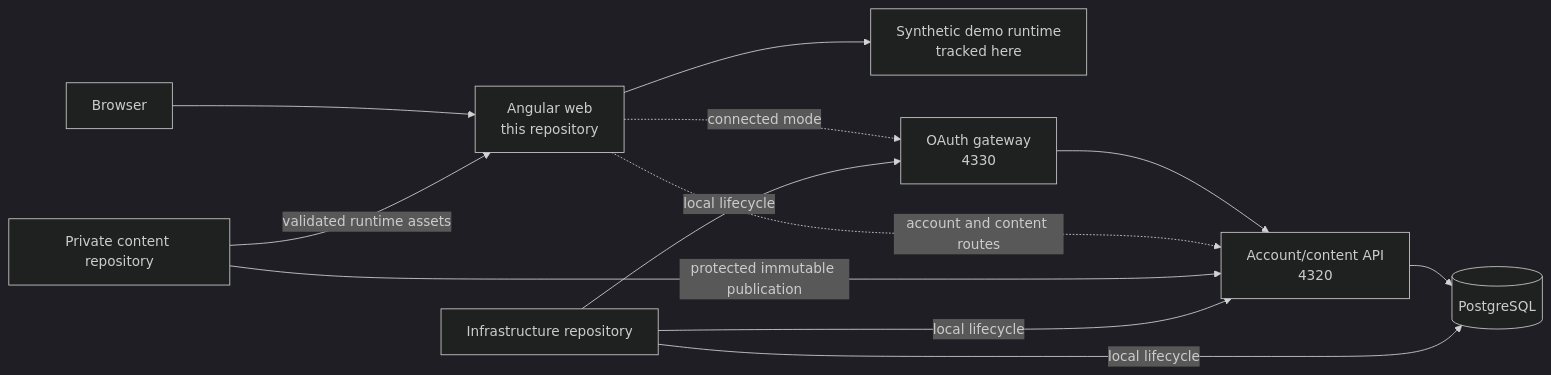
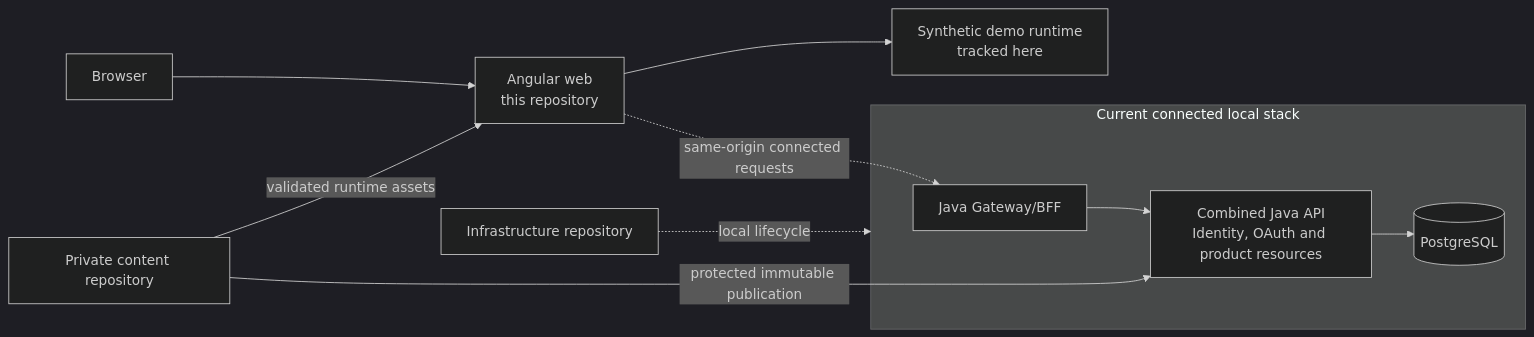
Before and after one commit to lookahead99ms/lookahead-learning-web: the first of 4 diagrams in README.md, drawn with Mermaid (dark theme). The commit also changed other lines of this file and 13 other files, not shown here.

````diff
--- a/README.md
+++ b/README.md
@@ -27,14 +33,13 @@
 ```mermaid
 flowchart LR
   Browser[Browser] --> Web["Angular web<br/>this repository"]
   Web --> Demo["Synthetic demo runtime<br/>tracked here"]
-  Web -. connected mode .-> Gateway["OAuth gateway<br/>4330"]
-  Gateway --> API["Account/content API<br/>4320"]
-  Web -. account and content routes .-> API
-  API --> DB[(PostgreSQL)]
+  subgraph Current["Current connected local stack"]
+    Gateway["Java Gateway/BFF"] --> API["Combined Java API<br/>Identity, OAuth and product resources"]
+    API --> DB[(PostgreSQL)]
+  end
+  Web -. same-origin connected requests .-> Gateway
   Content["Private content repository"] -->|validated runtime assets| Web
   Content -->|protected immutable publication| API
-  Infra[Infrastructure repository] -->|local lifecycle| Gateway
-  Infra -->|local lifecycle| API
-  Infra -->|local lifecycle| DB
+  Infra[Infrastructure repository] -. local lifecycle .-> Current
 ```
````
